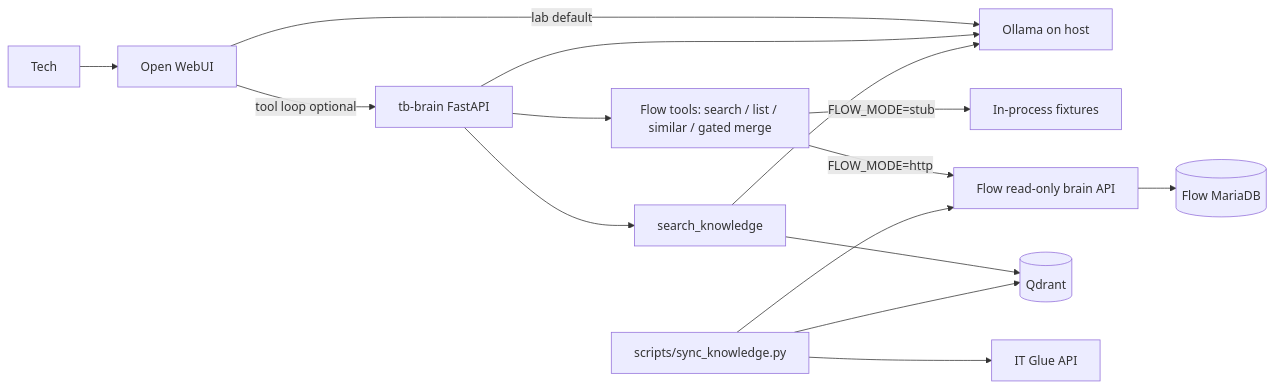
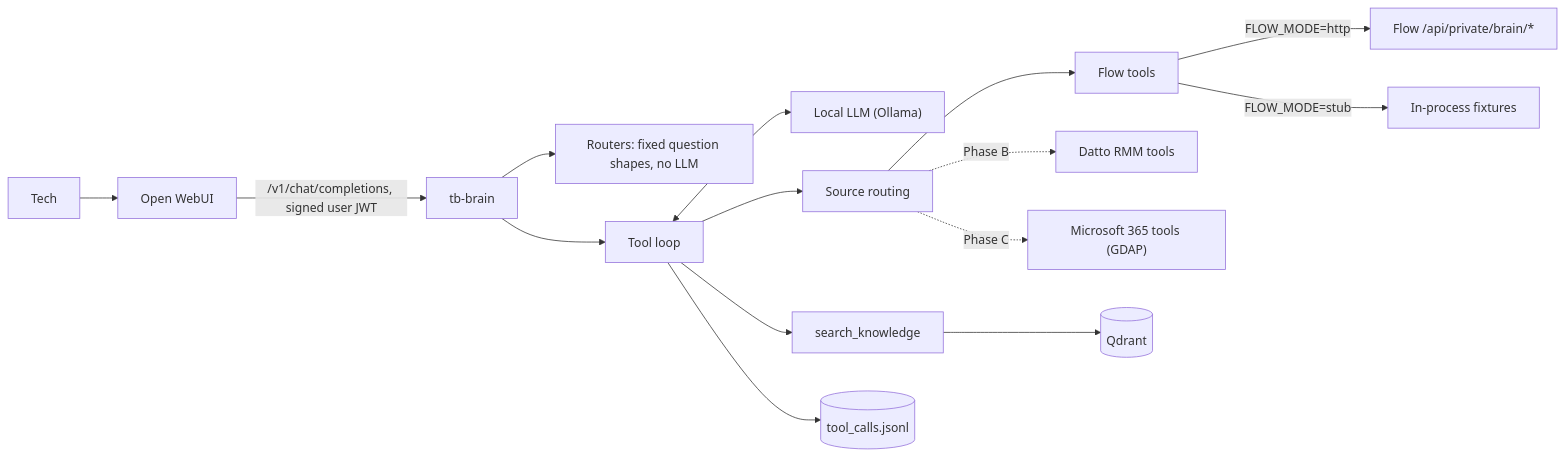
One commit to Tre-Seibert/TechBldrs-Brain changed the diagram in README.md. Above: the diagram before and after it, drawn with Mermaid. The commit also changed other lines of this file and 2 other files, not shown here.

````diff
--- a/README.md
+++ b/README.md
@@ -75,17 +47,17 @@
 ```mermaid
 flowchart LR
   tech[Tech] --> webui[Open WebUI]
-  webui -->|"lab default"| ollama[Ollama on host]
-  webui -->|"tool loop optional"| brain[tb-brain FastAPI]
-  brain --> ollama
-  brain --> tools["Flow tools: search / list / similar / gated merge"]
-  tools -->|"FLOW_MODE=stub"| fixtures[In-process fixtures]
-  tools -->|"FLOW_MODE=http"| flowAPI["Flow read-only brain API"]
-  flowAPI --> flowDB[(Flow MariaDB)]
-  brain --> knowledge["search_knowledge"]
+  webui -->|"/v1/chat/completions, signed user JWT"| brain[tb-brain]
+  brain --> routers["Routers: fixed question shapes, no LLM"]
+  brain --> loop["Tool loop"]
+  loop <--> llm["Local LLM (Ollama)"]
+  loop --> routing["Source routing"]
+  routing --> flow["Flow tools"]
+  routing -.->|"Phase B"| datto["Datto RMM tools"]
+  routing -.->|"Phase C"| m365["Microsoft 365 tools (GDAP)"]
+  loop --> knowledge["search_knowledge"]
+  flow -->|"FLOW_MODE=http"| flowapi["Flow /api/private/brain/*"]
+  flow -->|"FLOW_MODE=stub"| fixtures["In-process fixtures"]
   knowledge --> qdrant[(Qdrant)]
-  knowledge --> ollama
-  sync["scripts/sync_knowledge.py"] --> flowAPI
-  sync --> itglue[IT Glue API]
-  sync --> qdrant
+  loop --> audit[("tool_calls.jsonl")]
 ```
````
